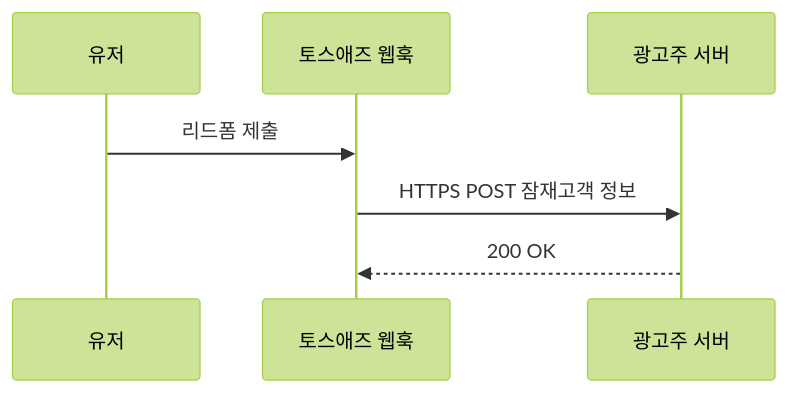
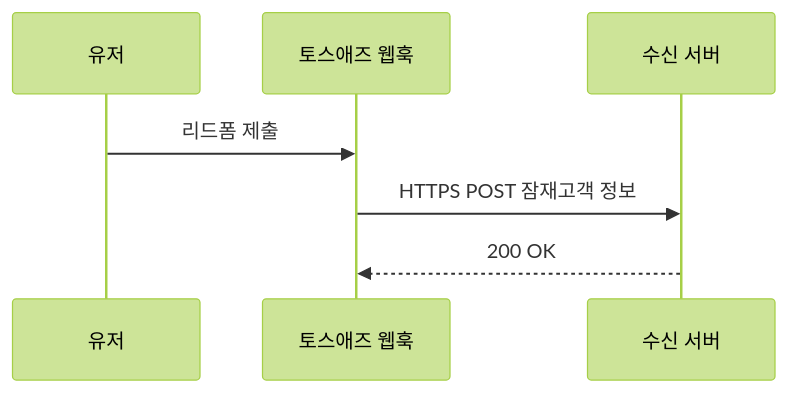
The diagram in resources/webhook.md (hjjang-svg/gitbook-docs-prod), drawn with Mermaid (forest theme) before and after one commit. The commit also changed other lines of this file, not shown here.

````diff
--- a/resources/webhook.md
+++ b/resources/webhook.md
@@ -22,10 +22,10 @@
 ```mermaid
 sequenceDiagram
     participant User as 유저
     participant TossAds as 토스애즈 웹훅
-    participant Server as 광고주 서버
+    participant Server as 수신 서버
 
     User->>TossAds: 리드폼 제출
     TossAds->>Server: HTTPS POST 잠재고객 정보
     Server-->>TossAds: 200 OK
 ```
````
